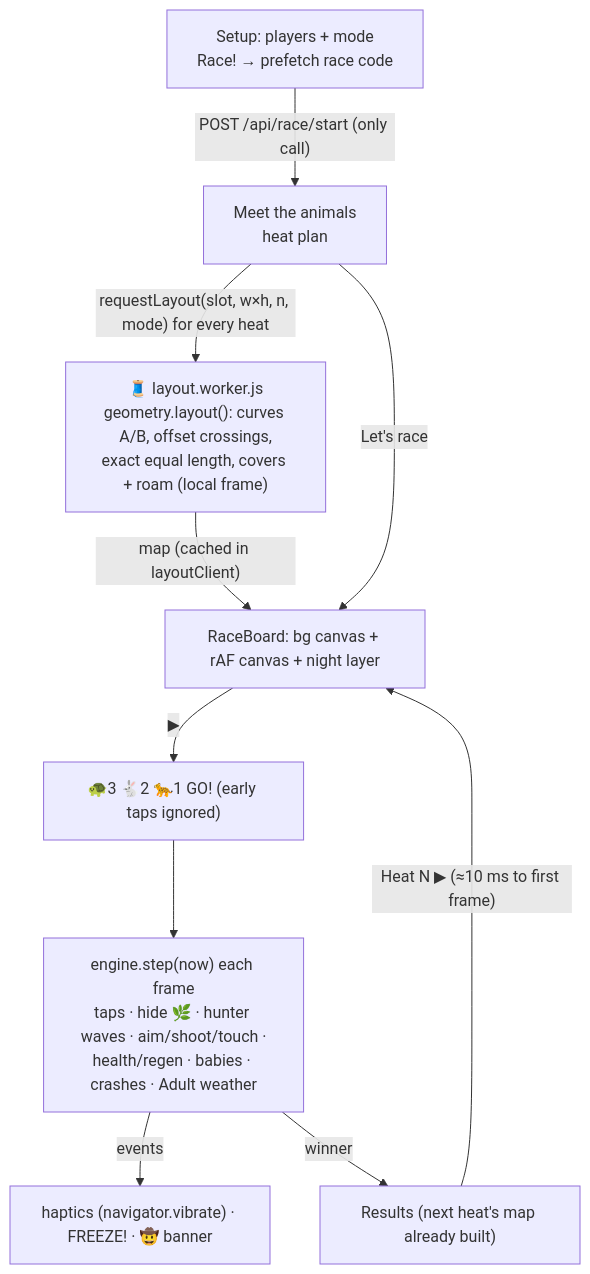
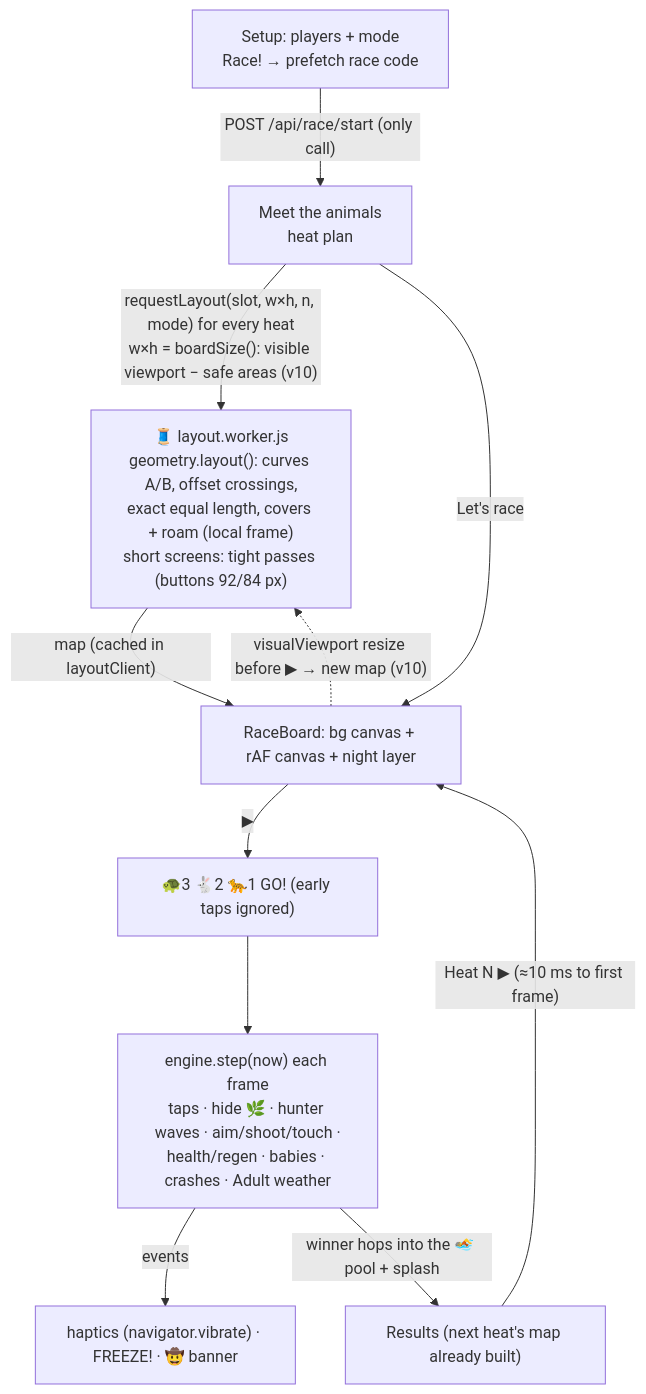
Before and after one commit to chanhinterai-max/party-games: the second of 2 diagrams in ARCHITECTURE.md, drawn with Mermaid. The commit also changed other lines of this file and 16 other files, not shown here.

Commit message:
v10: Chicken out only after the reveal; race board fits the visible viewport + safe areas (mobile browser bars), tight maps for short screens; 🏊 party-pool goal + splash; ⚡ race speed range sliders (advanced users on /room too); admin 🎮 Game settings tabs + Animal Race tunables (defaults identical)

````diff
--- a/ARCHITECTURE.md
+++ b/ARCHITECTURE.md
@@ -304,12 +318,13 @@
 ```mermaid
 flowchart TB
   S["Setup: players + mode<br/>Race! → prefetch race code"] -->|"POST /api/race/start (only call)"| M["Meet the animals<br/>heat plan"]
-  M -->|"requestLayout(slot, w×h, n, mode) for every heat"| W["🧵 layout.worker.js<br/>geometry.layout(): curves A/B, offset crossings,<br/>exact equal length, covers + roam (local frame)"]
+  M -->|"requestLayout(slot, w×h, n, mode) for every heat<br/>w×h = boardSize(): visible viewport − safe areas (v10)"| W["🧵 layout.worker.js<br/>geometry.layout(): curves A/B, offset crossings,<br/>exact equal length, covers + roam (local frame)<br/>short screens: tight passes (buttons 92/84 px)"]
   W -->|"map (cached in layoutClient)"| B
   M -->|"Let's race"| B["RaceBoard: bg canvas + rAF canvas + night layer"]
   B -->|"▶"| C["🐢3 🐇2 🐆1 GO! (early taps ignored)"]
   C --> E["engine.step(now) each frame<br/>taps · hide 🌿 · hunter waves · aim/shoot/touch ·<br/>health/regen · babies · crashes · Adult weather"]
   E -->|"events"| H["haptics (navigator.vibrate) · FREEZE! · 🤠 banner"]
-  E -->|"winner"| R["Results (next heat's map already built)"]
+  B -.->|"visualViewport resize before ▶ → new map (v10)"| W
+  E -->|"winner hops into the 🏊 pool + splash"| R["Results (next heat's map already built)"]
   R -->|"Heat N ▶ (≈10 ms to first frame)"| B
 ```
````
